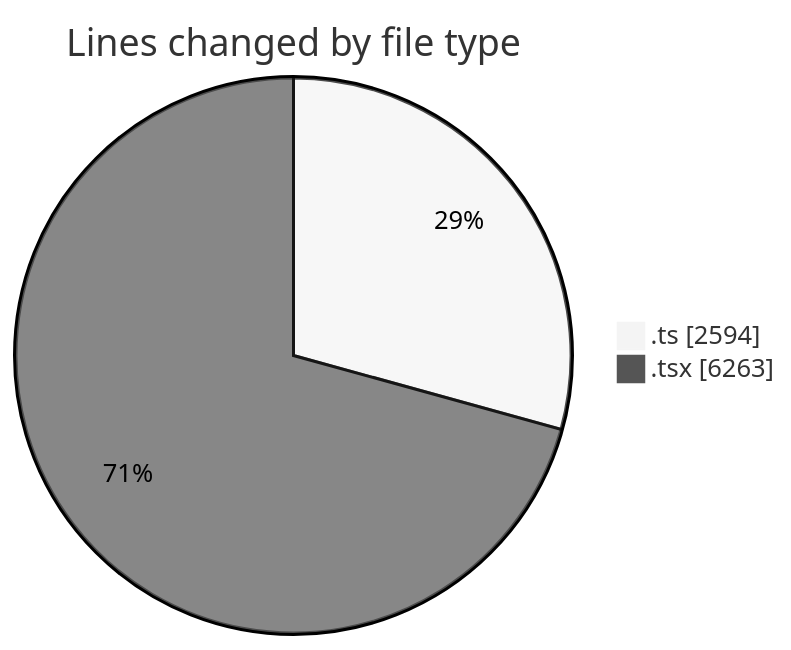
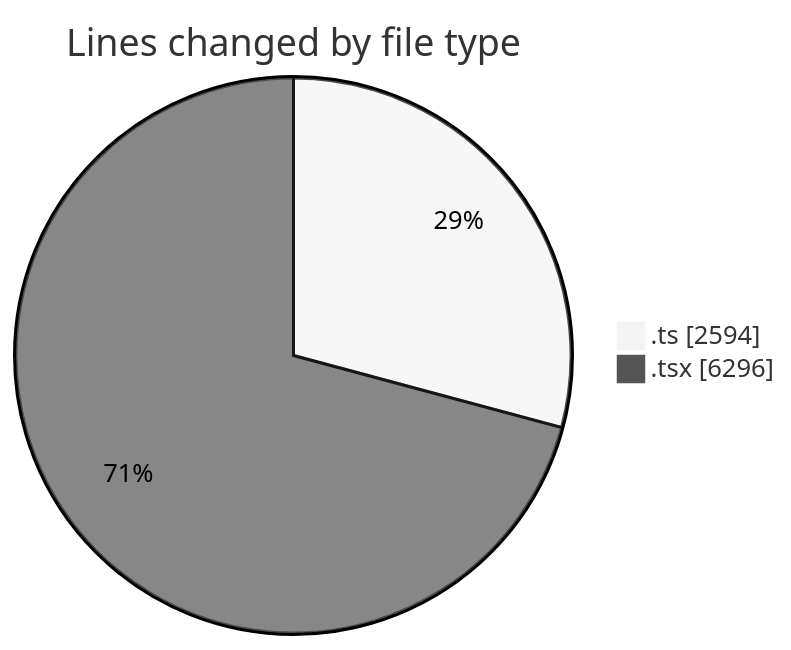
Before and after one commit to momahboobian/code-tracking: the first of 2 diagrams in 2025-07-01/cda/README.md, drawn with Mermaid (neutral theme). The commit also changed other lines of this file and 1 other file, not shown here.

````diff
--- a/2025-07-01/cda/README.md
+++ b/2025-07-01/cda/README.md
@@ -44,6 +44,6 @@
 ```mermaid
 pie showData
 title Lines changed by file type
 ".ts" : 2594
-".tsx" : 6263
+".tsx" : 6296
 ```
````
